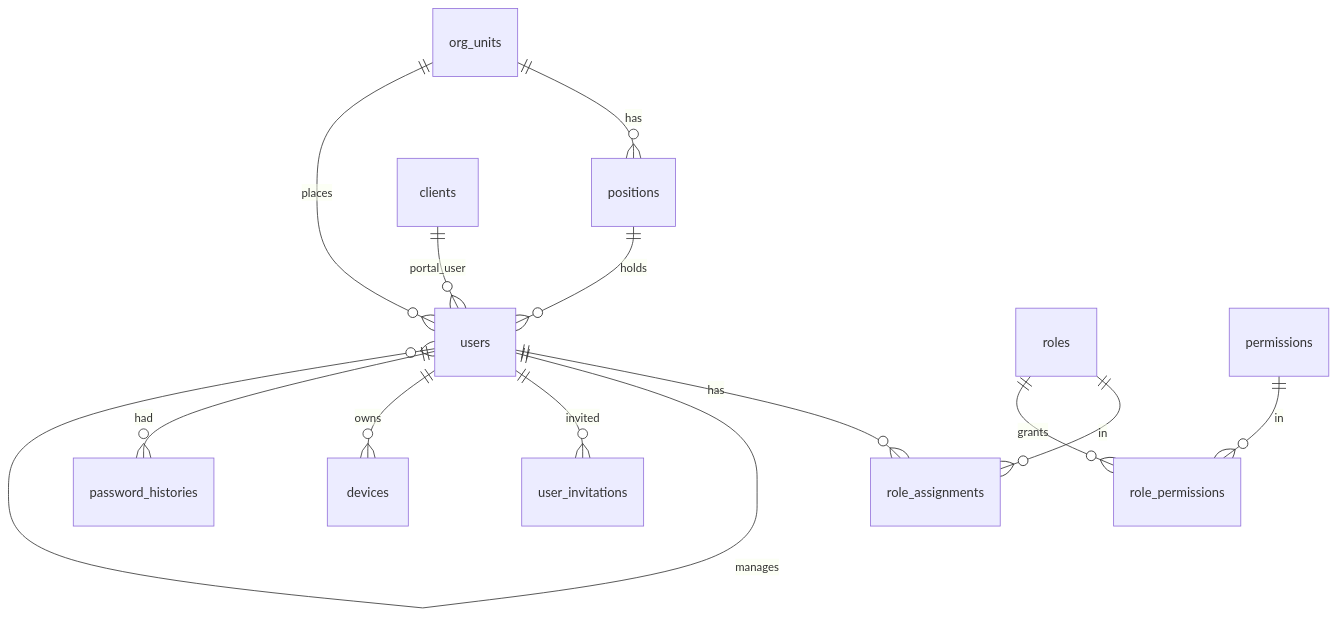
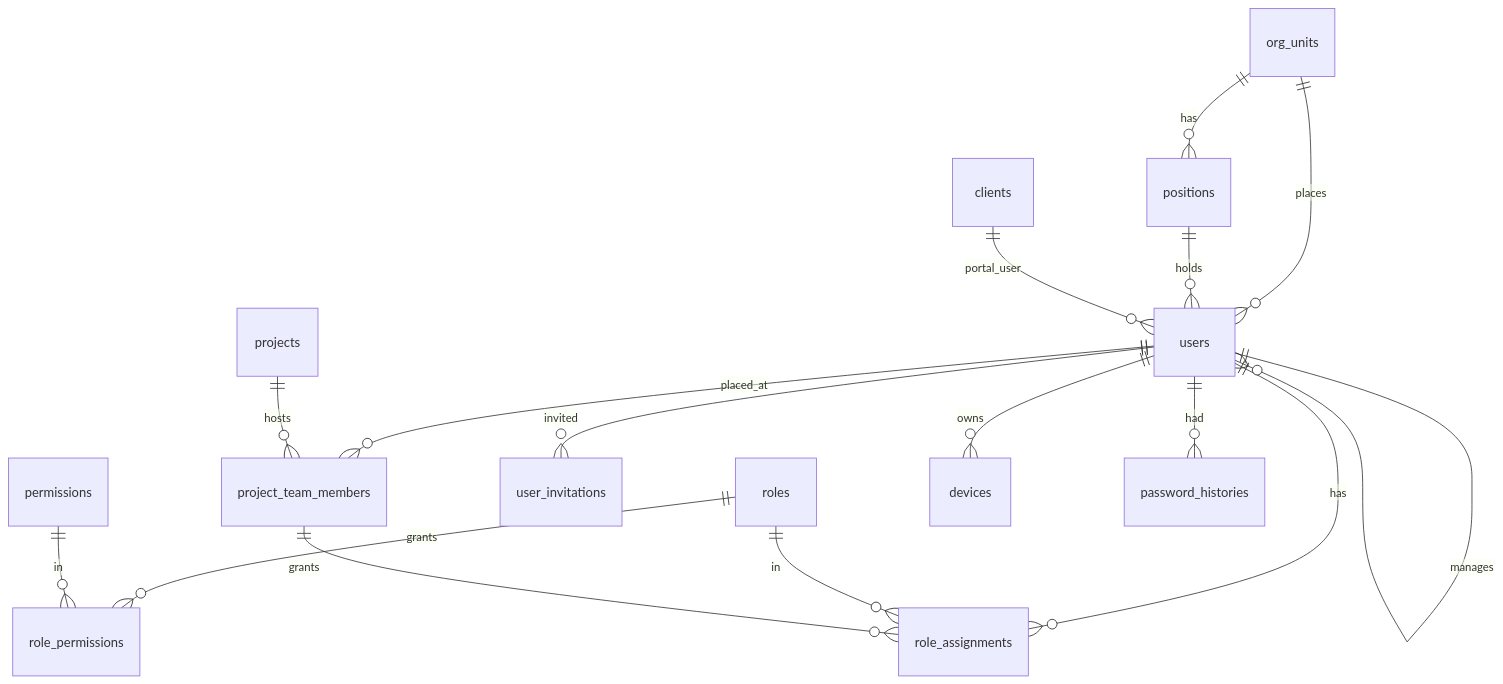
One commit to HengkyDarmawan/wms changed the diagram in docs/wms/10-access.md. Above: the diagram before and after it, drawn with Mermaid. The commit also changed other lines of this file and 88 other files, not shown here.

````diff
--- a/docs/wms/10-access.md
+++ b/docs/wms/10-access.md
@@ -86,15 +88,18 @@
 ```mermaid
 erDiagram
   users ||--o{ role_assignments : has
   roles ||--o{ role_assignments : in
   roles ||--o{ role_permissions : grants
   permissions ||--o{ role_permissions : in
   org_units ||--o{ positions : has
   org_units ||--o{ users : places
   positions ||--o{ users : holds
   users ||--o{ users : manages
   users ||--o{ user_invitations : invited
+  users ||--o{ project_team_members : placed_at
+  projects ||--o{ project_team_members : hosts
+  project_team_members ||--o{ role_assignments : grants
   users ||--o{ devices : owns
   users ||--o{ password_histories : had
   clients ||--o{ users : portal_user
 ```
````
